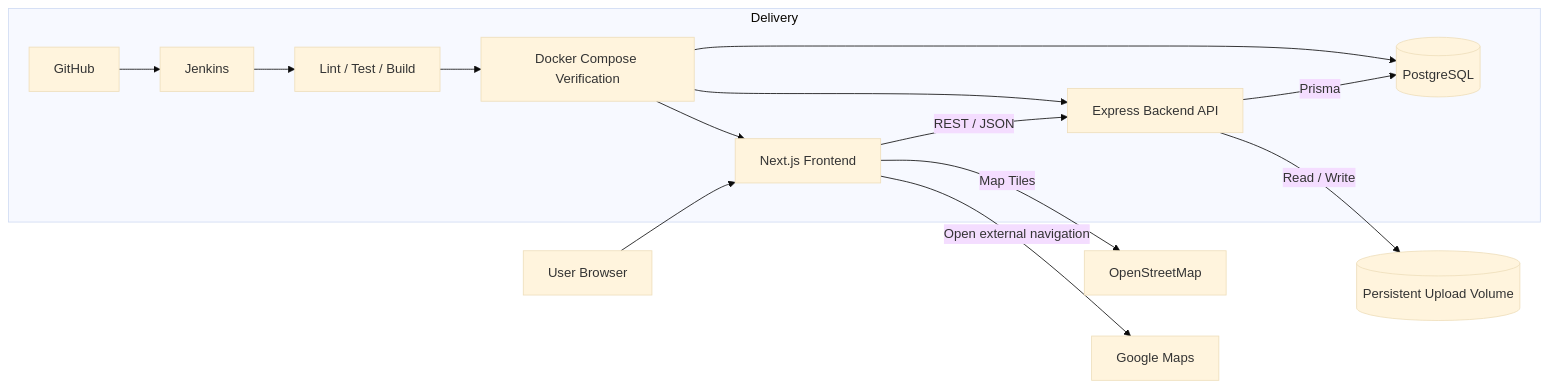
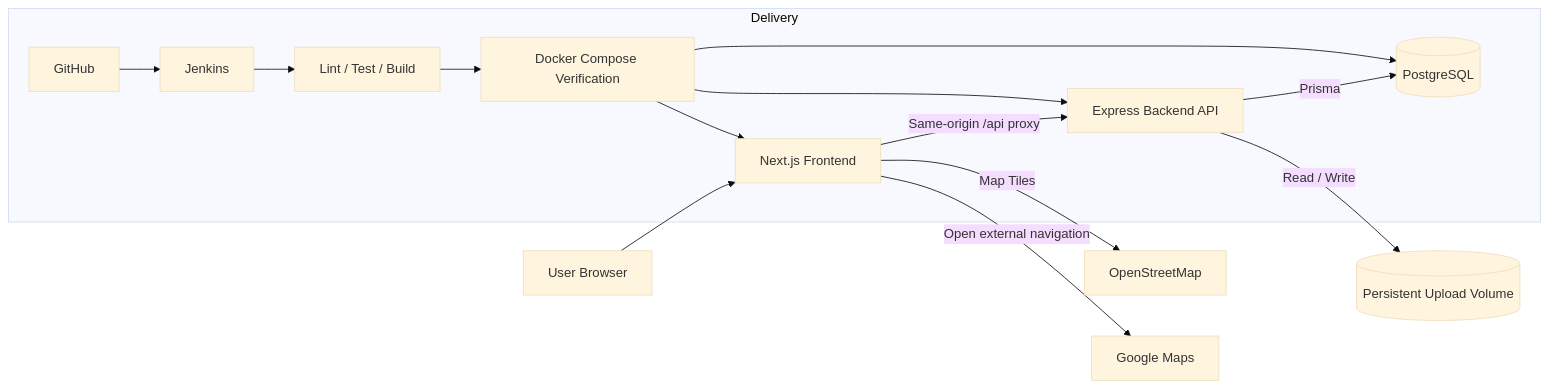
One commit to 67070119/PawFeed changed the first of 2 diagrams in docs/architecture/system-design.md. Above: the diagram before and after it, drawn with Mermaid (base theme). The commit also changed other lines of this file and 19 other files, not shown here.

````diff
--- a/docs/architecture/system-design.md
+++ b/docs/architecture/system-design.md
@@ -11,18 +11,18 @@
 ```mermaid
 flowchart LR
     U[User Browser] --> FE[Next.js Frontend]
-    FE -->|REST / JSON| BE[Express Backend API]
+    FE -->|Same-origin /api proxy| BE[Express Backend API]
     BE -->|Prisma| DB[(PostgreSQL)]
     BE -->|Read / Write| UP[(Persistent Upload Volume)]
     FE -->|Map Tiles| OSM[OpenStreetMap]
     FE -->|Open external navigation| GM[Google Maps]
 
     subgraph Delivery
       GH[GitHub] --> J[Jenkins]
       J --> T[Lint / Test / Build]
       T --> DC[Docker Compose Verification]
       DC --> FE
       DC --> BE
       DC --> DB
     end
 ```
````
